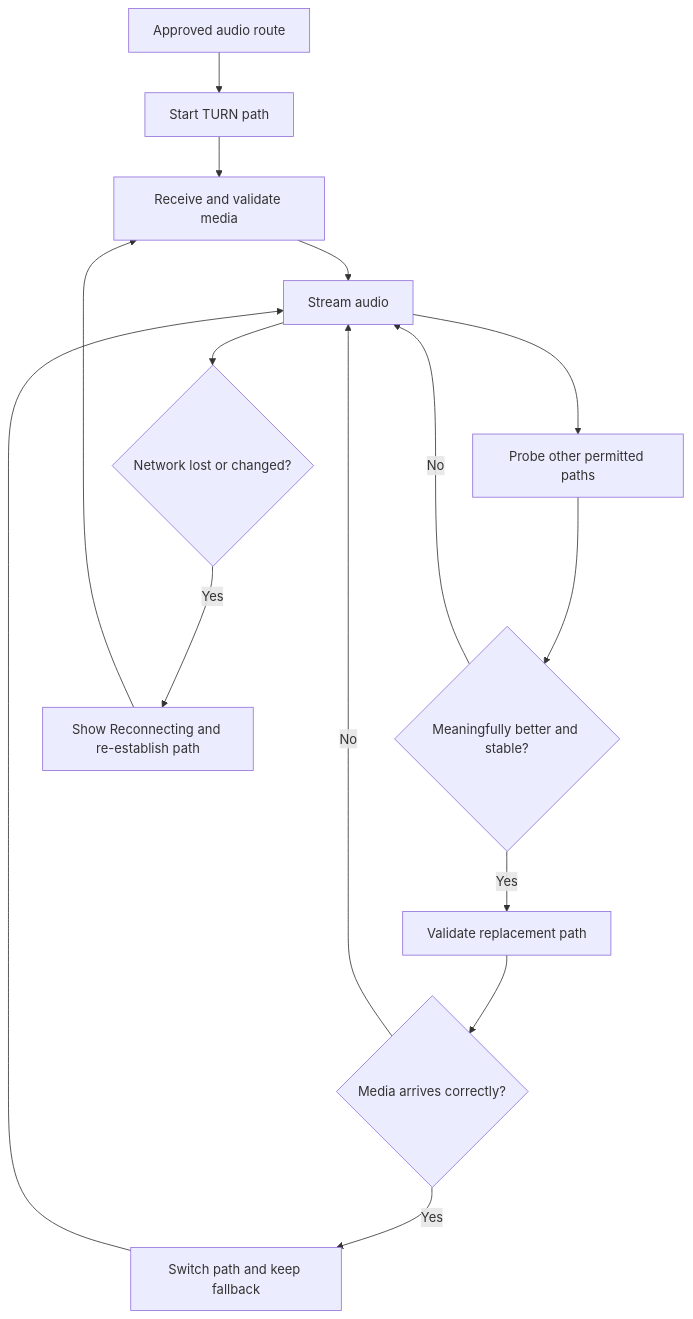
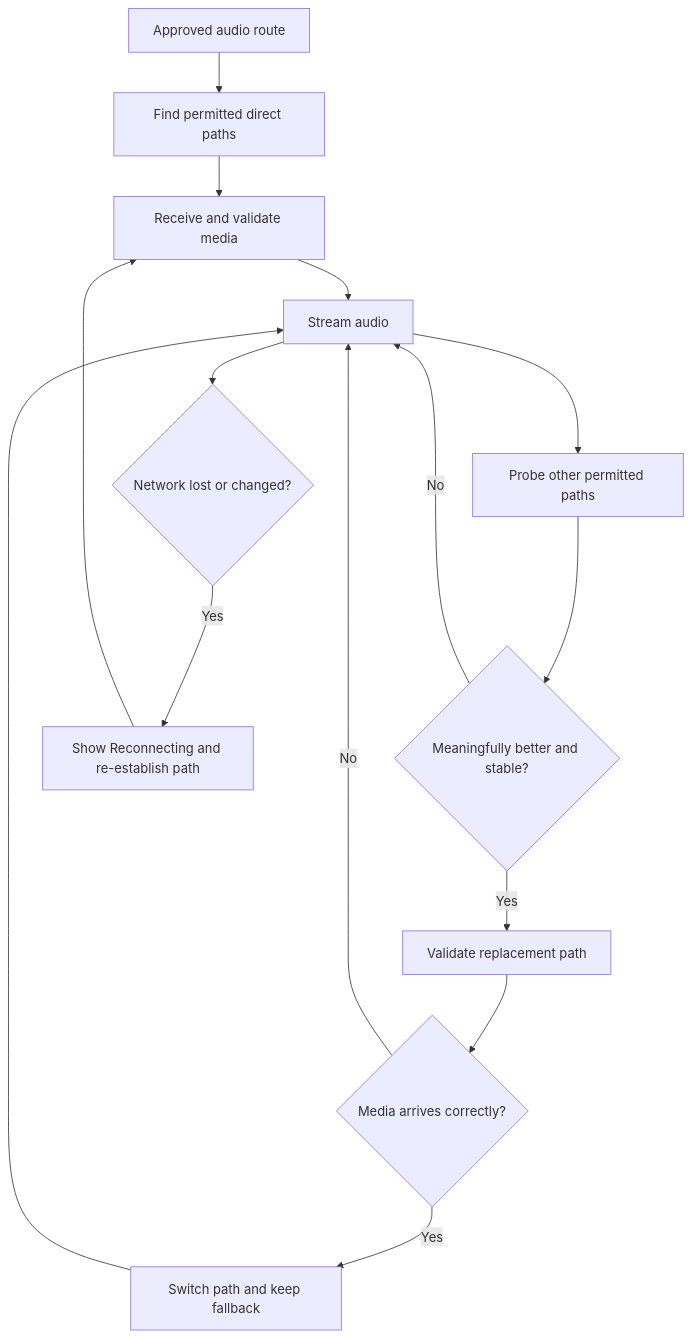
The fourth of 5 diagrams in README.md (lantos1618/soundbound), drawn with Mermaid before and after one commit. The commit also changed other lines of this file, not shown here.

Commit message:
Define layered routing, permissioned omni mode, and free direct defaults

````diff
--- a/README.md
+++ b/README.md
@@ -143,17 +187,17 @@
 ```mermaid
 flowchart TD
-    A[Approved audio route] --> B[Start TURN path]
+    A[Approved audio route] --> B[Find permitted direct paths]
     B --> C[Receive and validate media]
     C --> D[Stream audio]
     D --> E[Probe other permitted paths]
     E --> F{Meaningfully better and stable?}
     F -->|No| D
     F -->|Yes| G[Validate replacement path]
     G --> H{Media arrives correctly?}
     H -->|No| D
     H -->|Yes| I[Switch path and keep fallback]
     I --> D
     D --> J{Network lost or changed?}
     J -->|Yes| K[Show Reconnecting and re-establish path]
     K --> C
 ```
````
